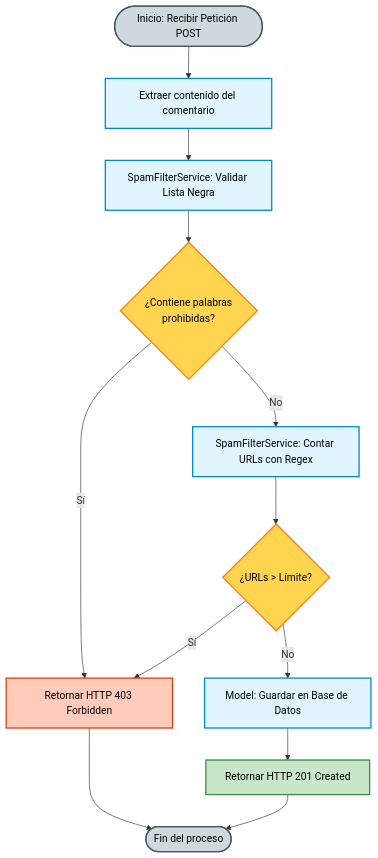
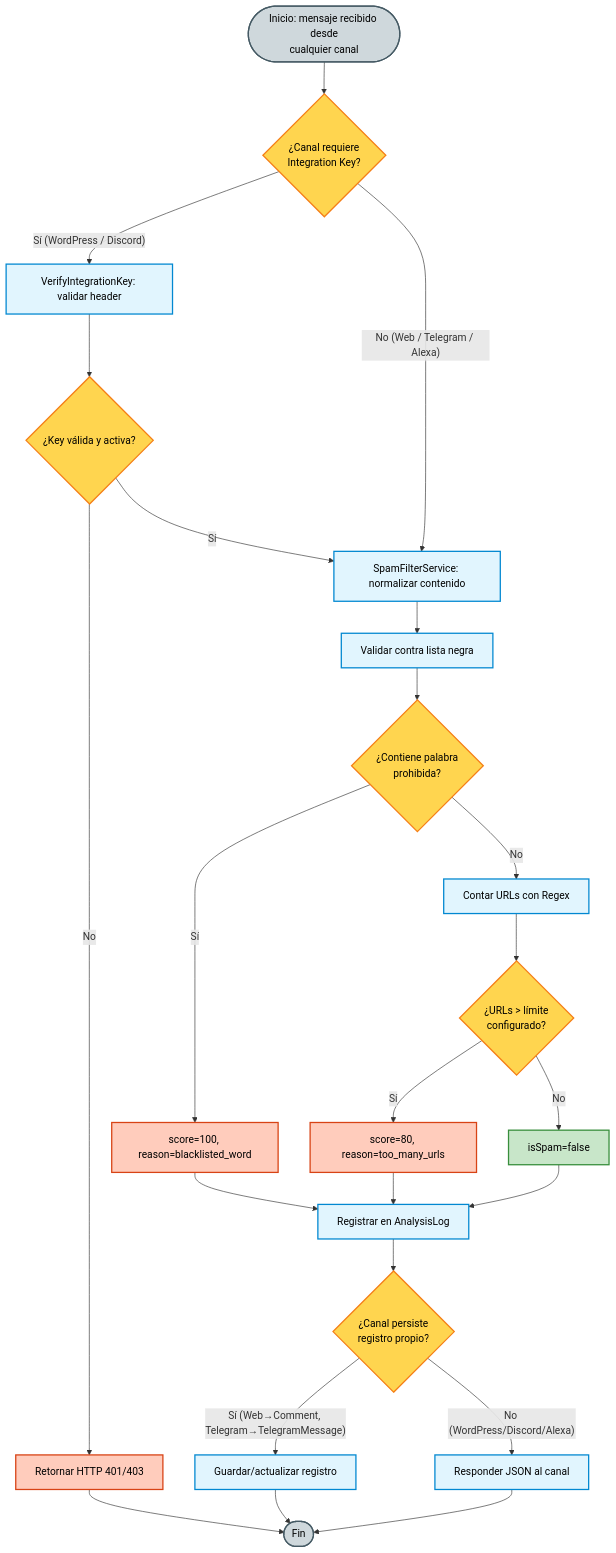
The tenth of 11 diagrams in docs/FD04-Informe-Arquitectura.md (UPT-FAING-EPIS/proyecto-si784-2026-i-u1-antispam), drawn with Mermaid before and after one commit. The commit also changed other lines of this file, not shown here.

First line of the commit message:
Actualizar diagramas Mermaid del FD04 a la arquitectura real del sistema

````diff
--- a/docs/FD04-Informe-Arquitectura.md
+++ b/docs/FD04-Informe-Arquitectura.md
@@ -371,23 +580,33 @@
 ```mermaid
 flowchart TD
     classDef startEnd fill:#cfd8dc,stroke:#455a64,stroke-width:2px,color:#000
     classDef process fill:#e1f5fe,stroke:#0288d1,stroke-width:2px,color:#000
     classDef decision fill:#ffd54f,stroke:#f57f17,stroke-width:2px,color:#000
     classDef error fill:#ffccbc,stroke:#d84315,stroke-width:2px,color:#000
     classDef success fill:#c8e6c9,stroke:#388e3c,stroke-width:2px,color:#000
 
-    A([Inicio: Recibir Petición POST]):::startEnd --> B[Extraer contenido del comentario]:::process
-    B --> C[SpamFilterService: Validar Lista Negra]:::process
-    C --> D{¿Contiene palabras\nprohibidas?}:::decision
-    
-    D -- Sí --> E[Retornar HTTP 403 Forbidden]:::error
-    D -- No --> F[SpamFilterService: Contar URLs con Regex]:::process
-    
-    F --> G{¿URLs > Límite?}:::decision
-    G -- Sí --> E
-    G -- No --> H[Model: Guardar en Base de Datos]:::process
-    
-    H --> I[Retornar HTTP 201 Created]:::success
-    E --> J([Fin del proceso]):::startEnd
-    I --> J
+    A([Inicio: mensaje recibido desde<br/>cualquier canal]):::startEnd --> B{¿Canal requiere<br/>Integration Key?}:::decision
+    B -- "Sí (WordPress / Discord)" --> B2[VerifyIntegrationKey: validar header]:::process
+    B2 --> B3{¿Key válida y activa?}:::decision
+    B3 -- No --> E1[Retornar HTTP 401/403]:::error
+    B3 -- Sí --> C[SpamFilterService: normalizar contenido]:::process
+    B -- "No (Web / Telegram / Alexa)" --> C
+
+    C --> D[Validar contra lista negra]:::process
+    D --> D2{¿Contiene palabra\nprohibida?}:::decision
+    D2 -- Sí --> F[score=100, reason=blacklisted_word]:::error
+    D2 -- No --> G[Contar URLs con Regex]:::process
+    G --> G2{¿URLs > límite\nconfigurado?}:::decision
+    G2 -- Sí --> F2[score=80, reason=too_many_urls]:::error
+    G2 -- No --> H[isSpam=false]:::success
+
+    F --> I[Registrar en AnalysisLog]:::process
+    F2 --> I
+    H --> I
+    I --> J{¿Canal persiste\nregistro propio?}:::decision
+    J -- "Sí (Web→Comment, Telegram→TelegramMessage)" --> K[Guardar/actualizar registro]:::process
+    J -- "No (WordPress/Discord/Alexa)" --> L[Responder JSON al canal]:::process
+    K --> M([Fin]):::startEnd
+    L --> M
+    E1 --> M
 ```
````
